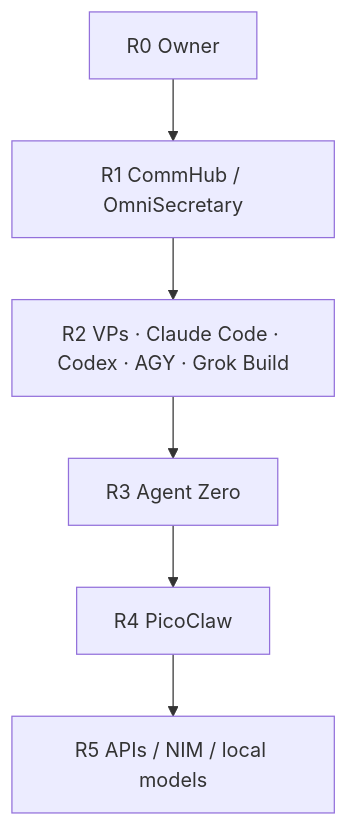
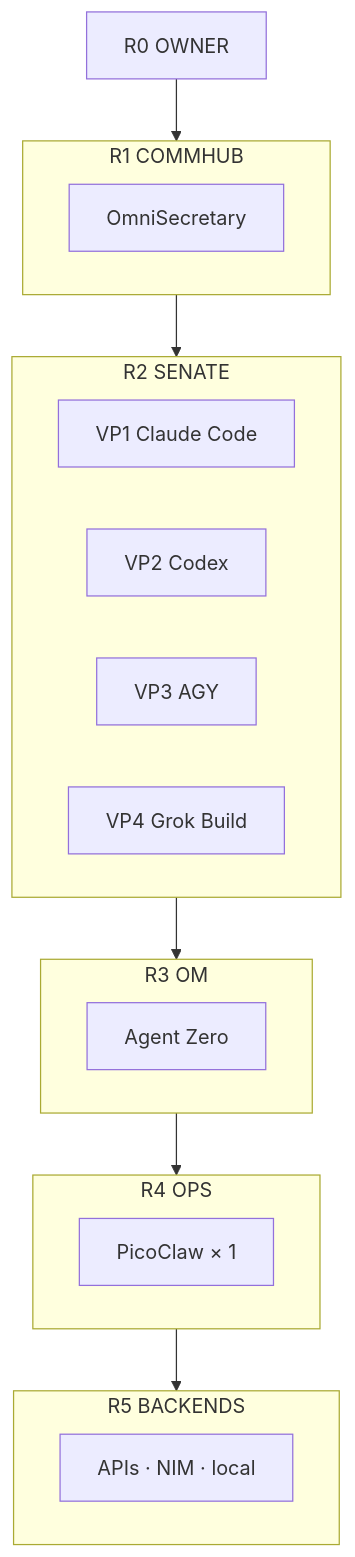
One commit to CjPetersonIX/brainframe-lite changed the diagram in README.md. Above: the diagram before and after it, drawn with Mermaid. The commit also changed other lines of this file and 2 other files, not shown here.

Commit message:
docs: top-down corporate hierarchy trees for R0-R5 LITE wrapper

````diff
--- a/README.md
+++ b/README.md
@@ -20,8 +15,29 @@
 ```mermaid
 flowchart TB
-  R0["R0 Owner"] --> R1["R1 CommHub / OmniSecretary"]
-  R1 --> R2["R2 VPs · Claude Code · Codex · AGY · Grok Build"]
-  R2 --> R3["R3 Agent Zero"]
-  R3 --> R4["R4 PicoClaw"]
-  R4 --> R5["R5 APIs / NIM / local models"]
+  R0["R0 OWNER"]
+
+  subgraph R1["R1 COMMHUB"]
+    OS["OmniSecretary"]
+  end
+
+  subgraph R2["R2 SENATE"]
+    VP1["VP1 Claude Code"]
+    VP2["VP2 Codex"]
+    VP3["VP3 AGY"]
+    VP4["VP4 Grok Build"]
+  end
+
+  subgraph R3["R3 OM"]
+    Z["Agent Zero"]
+  end
+
+  subgraph R4["R4 OPS"]
+    P["PicoClaw × 1"]
+  end
+
+  subgraph R5["R5 BACKENDS"]
+    B["APIs · NIM · local"]
+  end
+
+  R0 --> R1 --> R2 --> R3 --> R4 --> R5
 ```
````
